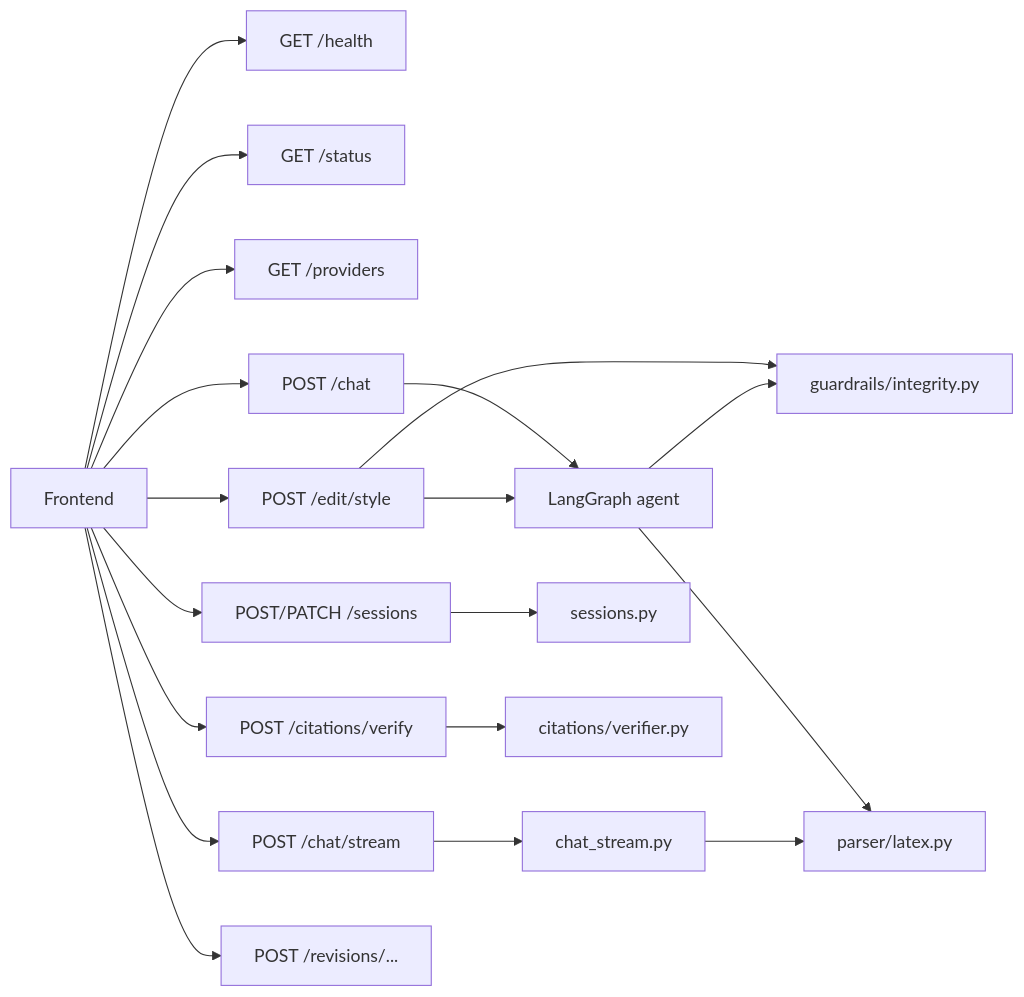
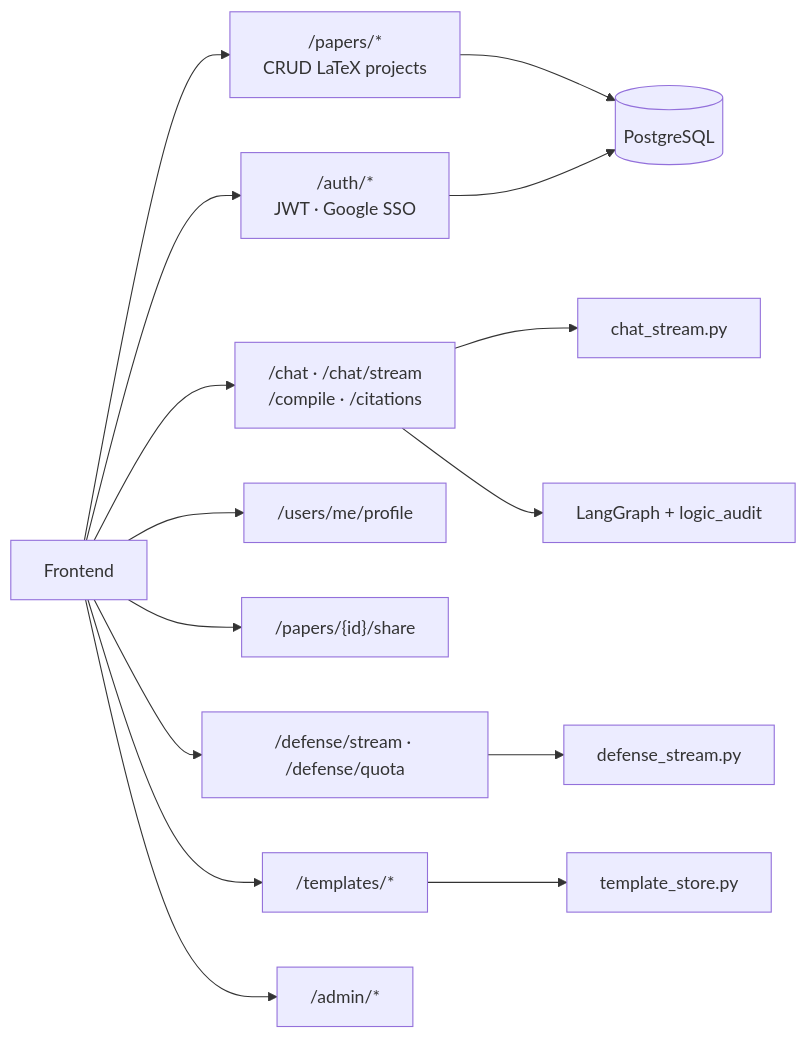
The fourth of 11 diagrams in docs/architecture_diagram.md (Tai-TZ/arionear-ai-paper-editor), drawn with Mermaid before and after one commit. The commit also changed other lines of this file and 5 other files, not shown here.

````diff
--- a/docs/architecture_diagram.md
+++ b/docs/architecture_diagram.md
@@ -138,19 +151,18 @@
 ```mermaid
 flowchart LR
-    FE[Frontend] --> H[GET /health]
-    FE --> S[GET /status]
-    FE --> P[GET /providers]
-    FE --> SS[POST/PATCH /sessions]
-    FE --> C[POST /chat]
-    FE --> CS[POST /chat/stream]
-    FE --> ES[POST /edit/style]
-    FE --> CV[POST /citations/verify]
-    FE --> RV[POST /revisions/...]
+    FE[Frontend] --> AUTH["/auth/*<br/>JWT · Google SSO"]
+    FE --> PAPERS["/papers/*<br/>CRUD LaTeX projects"]
+    FE --> CORE["/chat · /chat/stream<br/>/compile · /citations"]
+    FE --> PROF["/users/me/profile"]
+    FE --> SHARE["/papers/{id}/share"]
+    FE --> DEF["/defense/stream · /defense/quota"]
+    FE --> TPL["/templates/*"]
+    FE --> ADM["/admin/*"]
 
-    CS --> STREAM[chat_stream.py]
-    C & ES --> LG[LangGraph agent]
-    SS --> STORE[sessions.py]
-    CV --> VER[citations/verifier.py]
-    ES & LG --> GRD[guardrails/integrity.py]
-    LG & STREAM --> PRS[parser/latex.py]
+    CORE --> STREAM[chat_stream.py]
+    CORE --> LG[LangGraph + logic_audit]
+    DEF --> DSTREAM[defense_stream.py]
+    TPL --> TSTORE[template_store.py]
+    PAPERS --> DB[(PostgreSQL)]
+    AUTH --> DB
 ```
````
